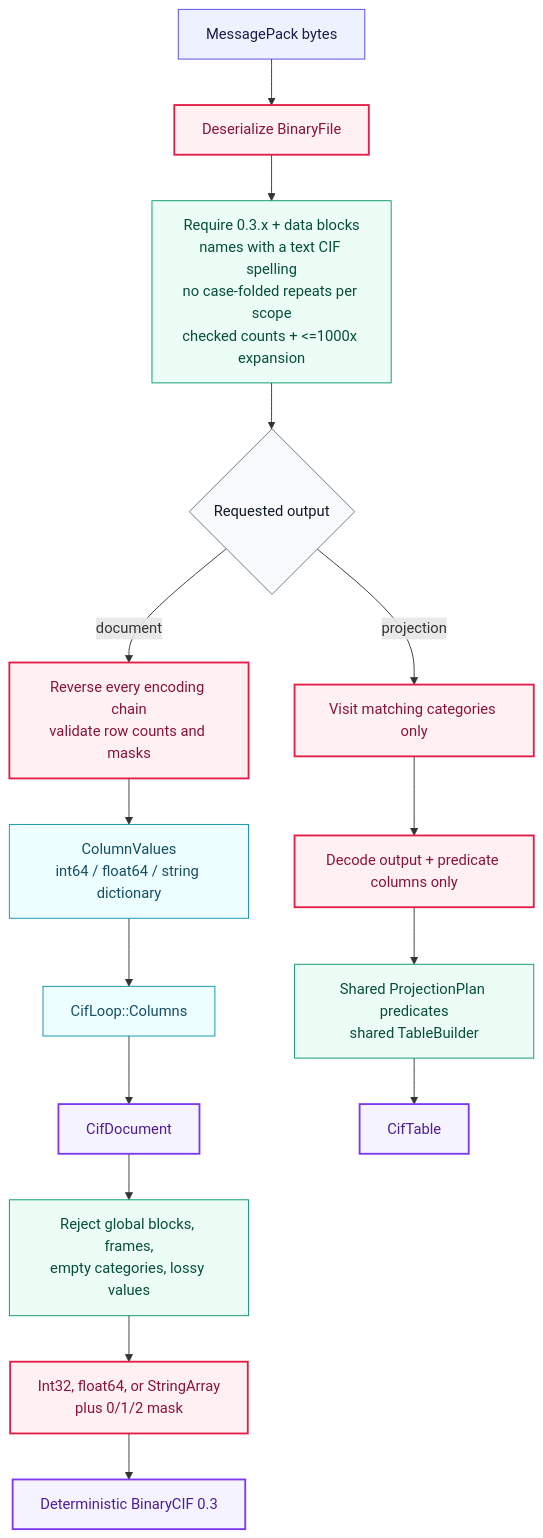
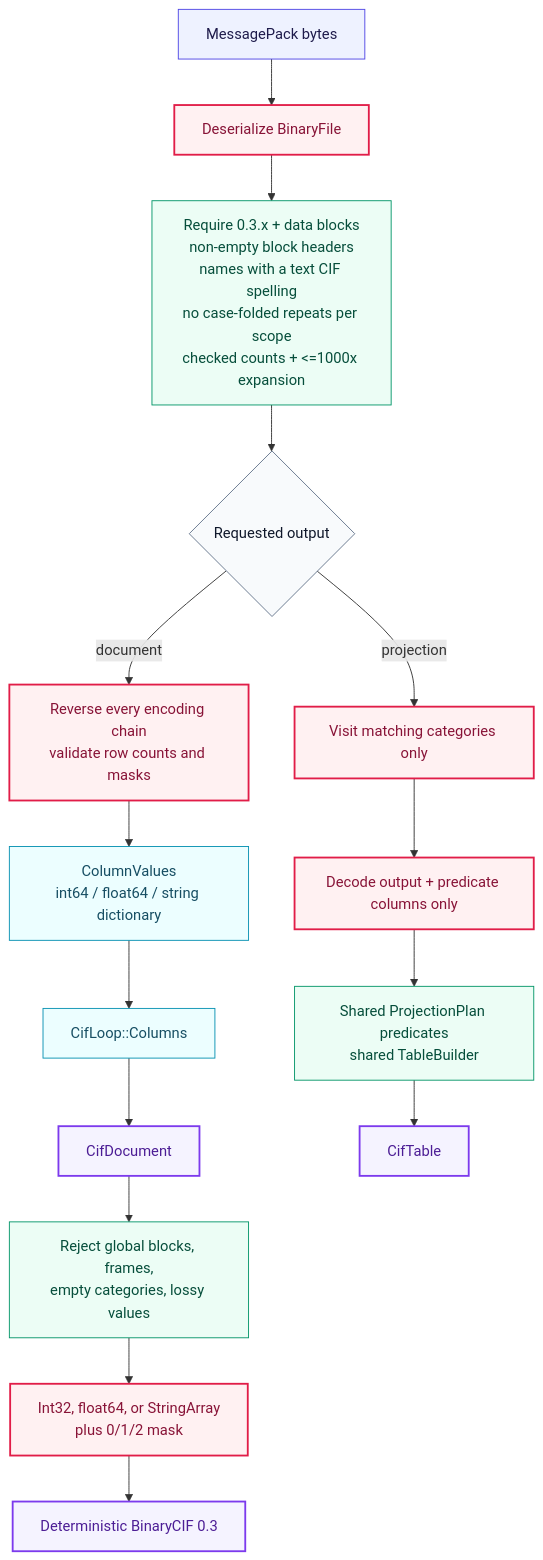
One commit to jamaliki/Nibbler changed the ninth of 10 diagrams in src/cif/README.md. Above: the diagram before and after it, drawn with Mermaid. The commit also changed 2 other files, not shown here.

Commit message:
Reject empty BinaryCIF block headers in projections too
decode_binary rejected a data block with an empty header, but the check
lived in decode_binary itself, so project_binary projected the same
container. Text CIF rejects `data_` with CIF_BLOCK_CODE_EMPTY, so the
projection path disagreed with both. The check now lives in BinaryCIF
shape validation, which both paths share, and still fails with
CIF_BINARY_SHAPE.

````diff
--- a/src/cif/README.md
+++ b/src/cif/README.md
@@ -328,27 +328,27 @@
 ```mermaid
 flowchart TB
     RAW["MessagePack bytes"]:::input --> DECODE["Deserialize BinaryFile"]:::hot
-    DECODE --> SHAPE["Require 0.3.x + data blocks<br/>names with a text CIF spelling<br/>no case-folded repeats per scope<br/>checked counts + <=1000x expansion"]:::proof
+    DECODE --> SHAPE["Require 0.3.x + data blocks<br/>non-empty block headers<br/>names with a text CIF spelling<br/>no case-folded repeats per scope<br/>checked counts + <=1000x expansion"]:::proof
     SHAPE --> MODE{"Requested output"}:::decision
 
     MODE -- document --> ALL["Reverse every encoding chain<br/>validate row counts and masks"]:::hot
     ALL --> COLS["ColumnValues<br/>int64 / float64 / string dictionary"]:::data
     COLS --> LOOPS["CifLoop::Columns"]:::data
     LOOPS --> DOC["CifDocument"]:::output
 
     MODE -- projection --> MATCH["Visit matching categories only"]:::hot
     MATCH --> SELECT["Decode output + predicate columns only"]:::hot
     SELECT --> FILTER["Shared ProjectionPlan predicates<br/>shared TableBuilder"]:::proof
     FILTER --> TABLE["CifTable"]:::output
 
     DOC --> WRITE["Reject global blocks, frames,<br/>empty categories, lossy values"]:::proof
     WRITE --> ENCODE["Int32, float64, or StringArray<br/>plus 0/1/2 mask"]:::hot
     ENCODE --> OUT["Deterministic BinaryCIF 0.3"]:::output
 
     classDef input fill:#eef2ff,stroke:#4f46e5,color:#1e1b4b;
     classDef decision fill:#f8fafc,stroke:#64748b,color:#0f172a;
     classDef hot fill:#fff1f2,stroke:#e11d48,color:#881337,stroke-width:2px;
     classDef proof fill:#ecfdf5,stroke:#059669,color:#064e3b;
     classDef data fill:#ecfeff,stroke:#0891b2,color:#164e63;
     classDef output fill:#f5f3ff,stroke:#7c3aed,color:#4c1d95,stroke-width:2px;
 ```
````
